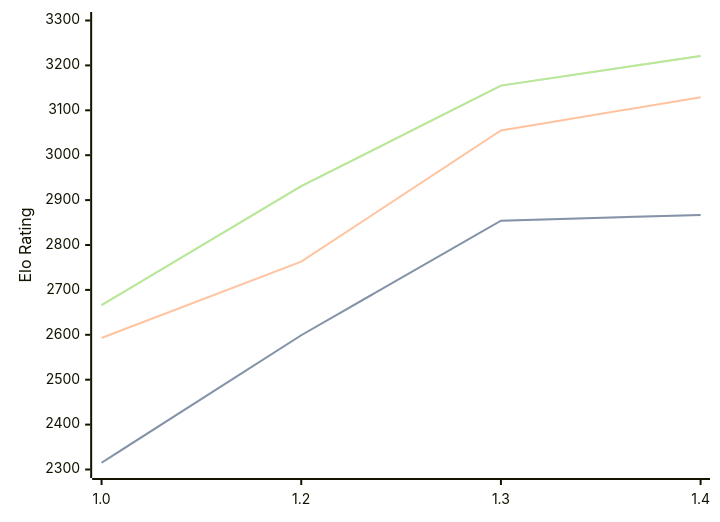
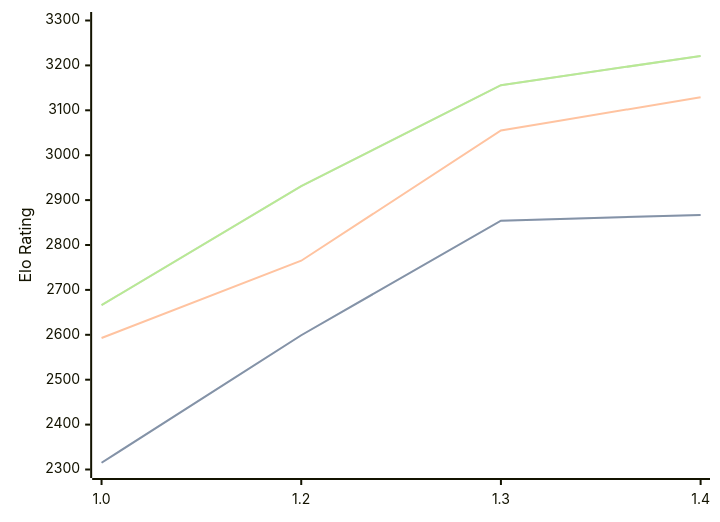
The diagram in engines/Chessnix.md (computer-chess-index/cci), drawn with Mermaid before and after one commit. The commit also changed other lines of this file, not shown here.

Commit message:
Update CCI Ratings (ELO VLTC) - 2026-07-31

````diff
--- a/engines/Chessnix.md
+++ b/engines/Chessnix.md
@@ -36,11 +36,11 @@
 ```mermaid
 %%{init: {"theme":"base","themeVariables":{"seriesColors:['#a3a3a3','#222221','#faa371']}}}%%
 xychart-beta
   x-axis ["1.0", "1.2", "1.3", "1.4"]
   y-axis "Elo Rating" 2300 --> 3300
   line "STC (8.0+0.08s)" [2315, 2599, 2854, 2867]
   line "STC (8.0+0.08s)" [2315, 2599, 2854, 2867]
-  line "LTC (60.0+0.60s)" [2593, 2763, 3055, 3129]
-  line "VLTC (2m24s+1.12s)" [2666, 2931, 3155, 3221]
-  line "VLTC (2m24s+1.12s)" [2666, 2931, 3155, 3221]
+  line "LTC (60.0+0.60s)" [2593, 2765, 3055, 3129]
+  line "VLTC (2m24s+1.12s)" [2666, 2931, 3156, 3221]
+  line "VLTC (2m24s+1.12s)" [2666, 2931, 3156, 3221]
 ```
````
